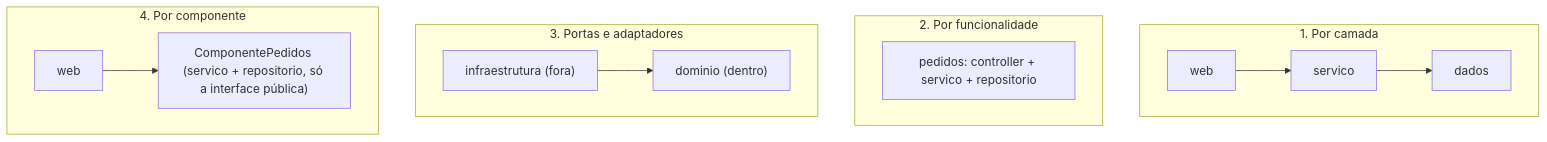
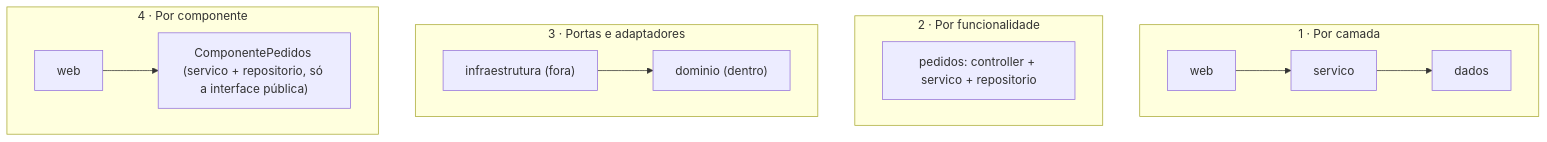
Before and after one commit to ogatalars/guia_software_engineering_teorico: the diagram in content/pt-br/arquitetura/clean-architecture/06-detalhes-e-estudo-de-caso.md, drawn with Mermaid. The commit also changed 12 other files, not shown here.

First line of the commit message:
fix(content): corrige diagramas Mermaid com rótulos iniciados por 'N.'

````diff
--- a/content/pt-br/arquitetura/clean-architecture/06-detalhes-e-estudo-de-caso.md
+++ b/content/pt-br/arquitetura/clean-architecture/06-detalhes-e-estudo-de-caso.md
@@ -71,16 +71,16 @@
 ```mermaid
 flowchart TB
-    subgraph L["1. Por camada"]
+    subgraph L["1 · Por camada"]
         L1["web"] --> L2["servico"] --> L3["dados"]
     end
-    subgraph F["2. Por funcionalidade"]
+    subgraph F["2 · Por funcionalidade"]
         F1["pedidos: controller + servico + repositorio"]
     end
-    subgraph P["3. Portas e adaptadores"]
+    subgraph P["3 · Portas e adaptadores"]
         P1["dominio (dentro)"]
         P2["infraestrutura (fora)"] --> P1
     end
-    subgraph C["4. Por componente"]
+    subgraph C["4 · Por componente"]
         C1["web"] --> C2["ComponentePedidos (servico + repositorio, só a interface pública)"]
     end
 ```
````
